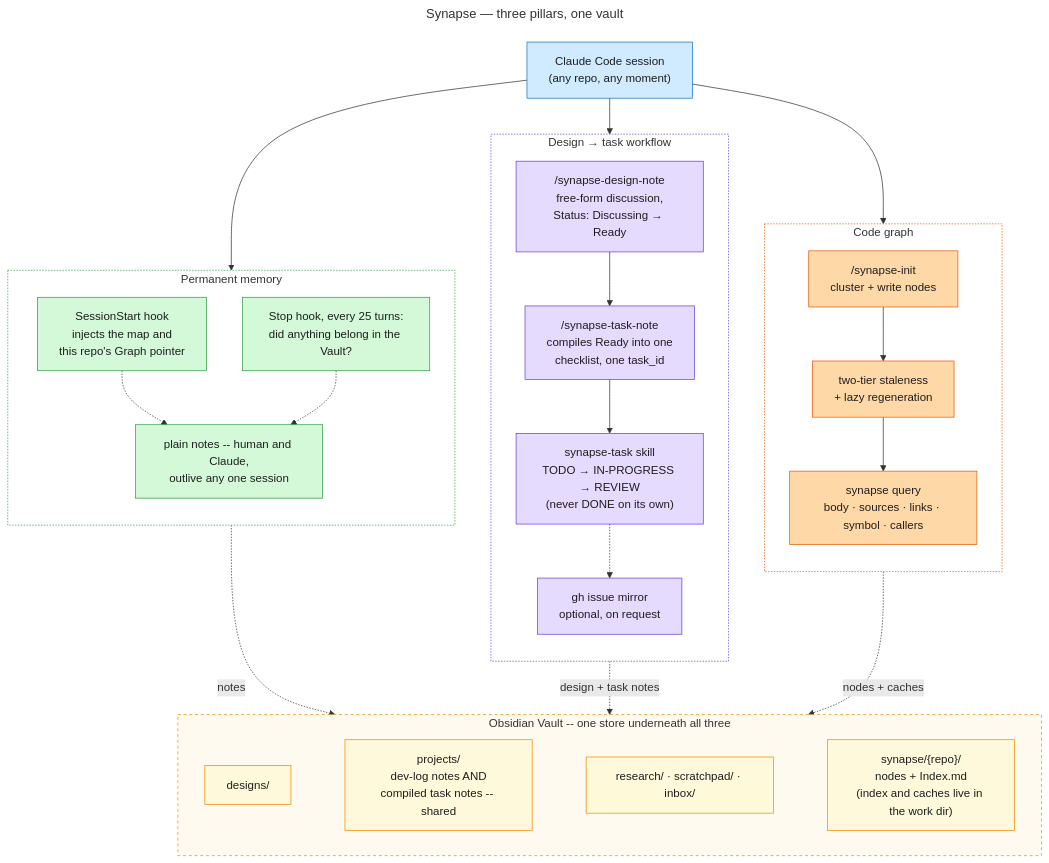
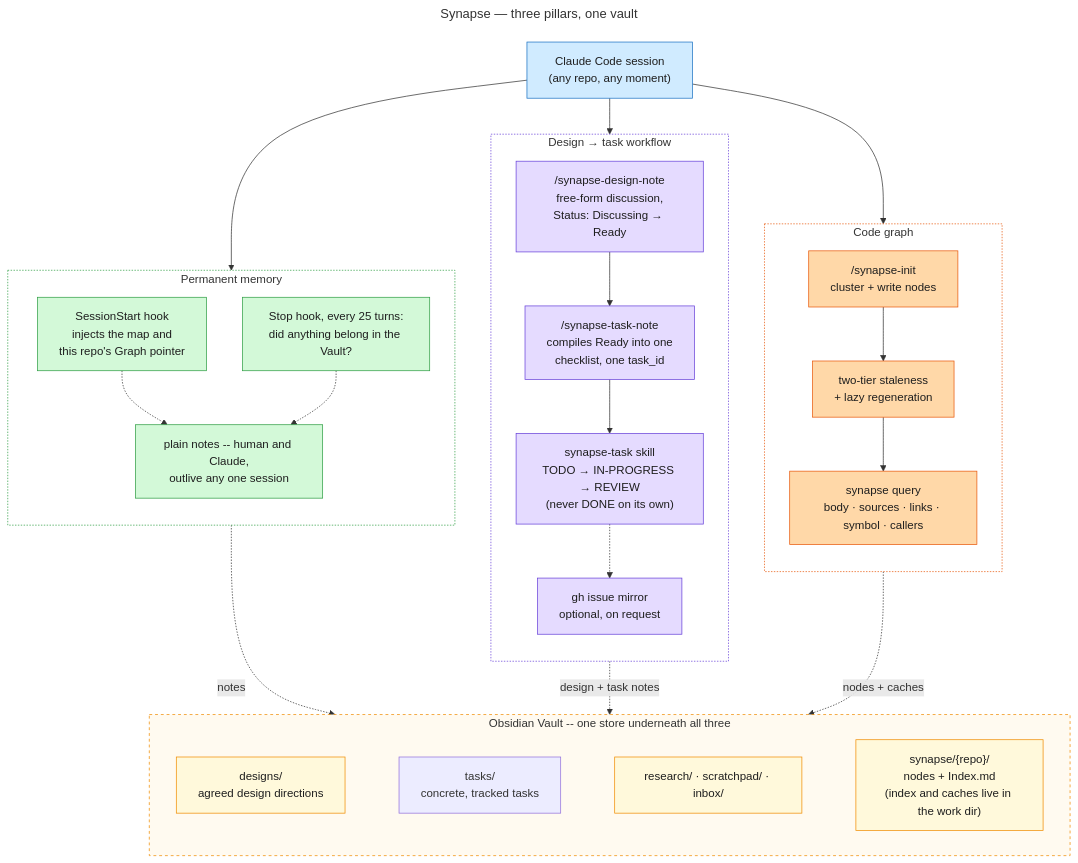
One commit to imunitic/synapse changed the diagram in docs/diagrams/synapse-overview.mmd. Above: the diagram before and after it, drawn with Mermaid. The commit also changed 12 other files, not shown here.

First line of the commit message:
docs(synapse): rename vault folders projects/ -> tasks/, inbox goes freeform

```diff
--- a/docs/diagrams/synapse-overview.mmd
+++ b/docs/diagrams/synapse-overview.mmd
@@ -1,76 +1,76 @@
 ---
 title: Synapse — three pillars, one vault
 ---
 %% A capability-level map, not an architecture diagram -- docs/README.md's "three
 %% components" (Vault / Graph / Tools) describes what things ARE; this describes
 %% what a session actually GETS. The three pillar boxes are deliberately drawn the
 %% same size: the Graph is mechanically the most complex (two staleness tiers, a
 %% tags cache, tree-sitter), but conceptually it is one of three, not the main
 %% event -- sizing them equally is the point, not an oversight. (Subgraph titles
 %% stay one line on purpose -- a <br/> in a subgraph label, unlike a node label,
 %% collides with the first node instead of wrapping.)
 flowchart TB
     classDef session fill:#d0ebff,stroke:#1971c2,color:#1e1e1e
     classDef memory fill:#d3f9d8,stroke:#2f9e44,color:#1e1e1e
     classDef workflow fill:#e5dbff,stroke:#6741d9,color:#1e1e1e
     classDef codegraph fill:#ffd8a8,stroke:#e8590c,color:#1e1e1e
     classDef vault fill:#fff9db,stroke:#f08c00,color:#1e1e1e
 
     SESSION["Claude Code session<br/>(any repo, any moment)"]
 
     subgraph MEM["Permanent memory"]
         direction TB
         M1["SessionStart hook<br/>injects the map and<br/>this repo's Graph pointer"]
         M2["Stop hook, every 25 turns:<br/>did anything belong in the Vault?"]
         M3["plain notes -- human and Claude,<br/>outlive any one session"]
         M1 -.-> M3
         M2 -.-> M3
     end
 
     subgraph WORK["Design → task workflow"]
         direction TB
         W1["/synapse-design-note<br/>free-form discussion,<br/>Status: Discussing → Ready"]
         W2["/synapse-task-note<br/>compiles Ready into one<br/>checklist, one task_id"]
         W3["synapse-task skill<br/>TODO → IN-PROGRESS → REVIEW<br/>(never DONE on its own)"]
         W4["gh issue mirror<br/>optional, on request"]
         W1 --> W2 --> W3 -.-> W4
     end
 
     subgraph GRAPH["Code graph"]
         direction TB
         G1["/synapse-init<br/>cluster + write nodes"]
         G2["two-tier staleness<br/>+ lazy regeneration"]
         G3["synapse query<br/>body · sources · links · symbol · callers"]
         G1 --> G2 --> G3
     end
 
     subgraph VAULT["Obsidian Vault -- one store underneath all three"]
         direction LR
-        VDESIGNS["designs/"]
-        VPROJECTS["projects/<br/>dev-log notes AND<br/>compiled task notes -- shared"]
+        VDESIGNS["designs/<br/>agreed design directions"]
+        VTASKS["tasks/<br/>concrete, tracked tasks"]
         VRESEARCH["research/ · scratchpad/ · inbox/"]
         VSYNAPSE["synapse/{repo}/<br/>nodes + Index.md<br/>(index and caches live in the work dir)"]
-        VDESIGNS ~~~ VPROJECTS ~~~ VRESEARCH ~~~ VSYNAPSE
+        VDESIGNS ~~~ VTASKS ~~~ VRESEARCH ~~~ VSYNAPSE
     end
 
     SESSION --> MEM
     SESSION --> WORK
     SESSION --> GRAPH
 
     %% One edge per pillar into the shared store, not a per-node fan-out --
     %% the point is "all three write here", not which exact folder each uses
     %% (that detail is one glance away inside the Vault box itself).
     MEM -.->|"notes"| VAULT
     WORK -.->|"design + task notes"| VAULT
     GRAPH -.->|"nodes + caches"| VAULT
 
     class SESSION session
     class M1,M2,M3 memory
     class W1,W2,W3,W4 workflow
     class G1,G2,G3 codegraph
     class VDESIGNS,VPROJECTS,VRESEARCH,VSYNAPSE vault
 
     style MEM fill:#ffffff,stroke:#2f9e44,stroke-dasharray:2 2
     style WORK fill:#ffffff,stroke:#6741d9,stroke-dasharray:2 2
     style GRAPH fill:#ffffff,stroke:#e8590c,stroke-dasharray:2 2
     style VAULT fill:#fffaf0,stroke:#f08c00,stroke-dasharray:4 4
```
